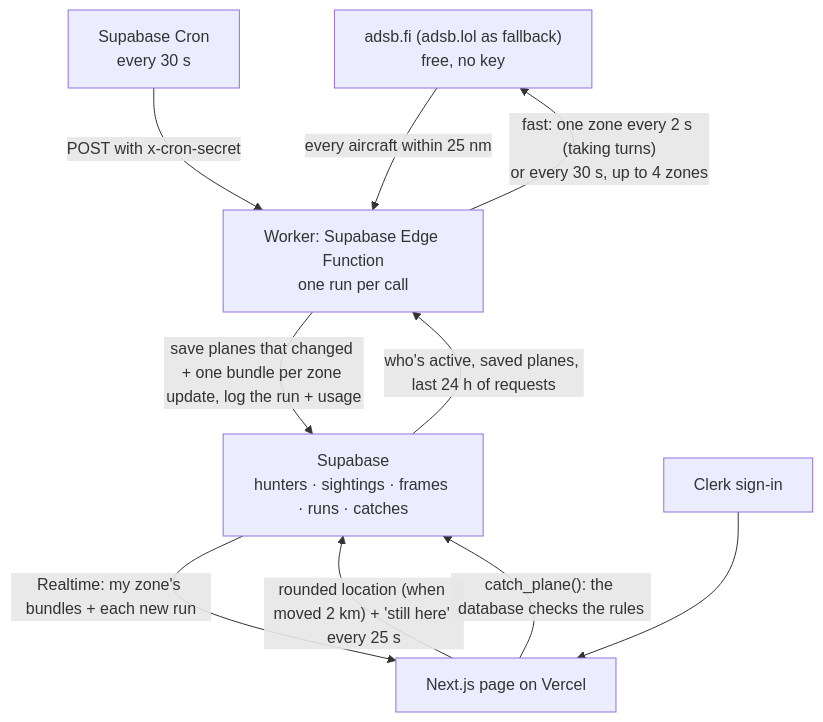
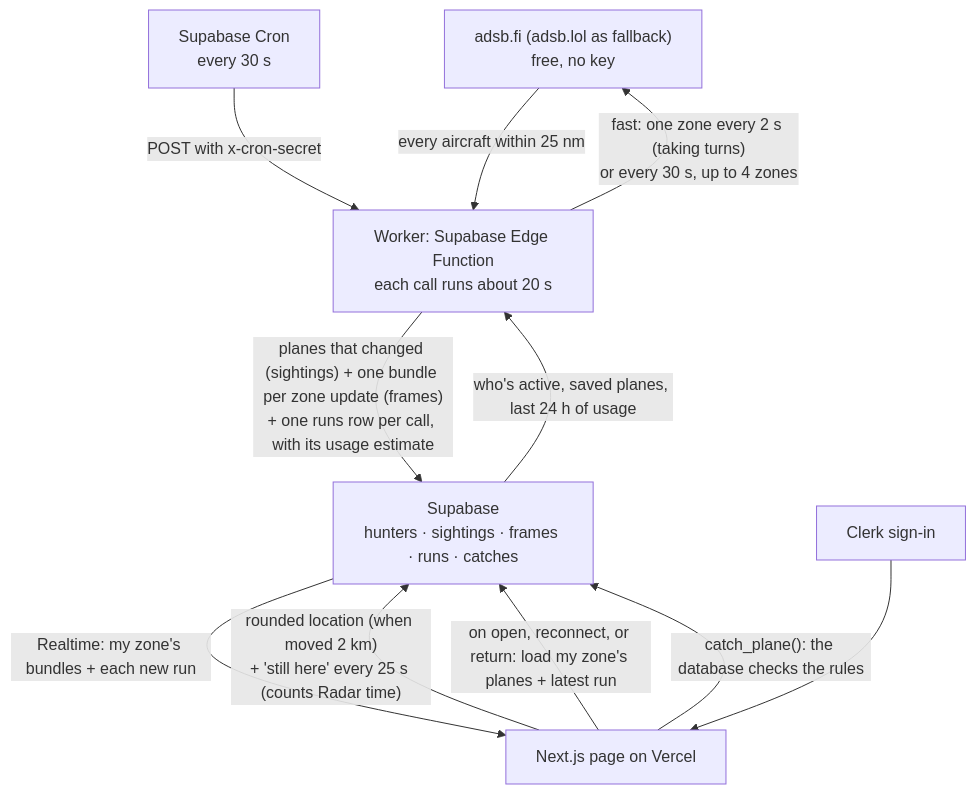
One commit to neilpandya01/hw5-dbs changed the diagram in docs/data-flow.md. Above: the diagram before and after it, drawn with Mermaid. The commit also changed other lines of this file and 6 other files, not shown here.

First line of the commit message:
Docs: match the architecture and data flow as built

````diff
--- a/docs/data-flow.md
+++ b/docs/data-flow.md
@@ -9,19 +13,20 @@
 ```mermaid
 flowchart TD
   SRC["adsb.fi (adsb.lol as fallback)<br/>free, no key"]
   CRON["Supabase Cron<br/>every 30 s"]
-  W["Worker: Supabase Edge Function<br/>one run per call"]
+  W["Worker: Supabase Edge Function<br/>each call runs about 20 s"]
   DB["Supabase<br/>hunters · sightings · frames · runs · catches"]
   PAGE["Next.js page on Vercel"]
   CLERK["Clerk sign-in"]
 
-  PAGE -- "rounded location (when moved 2 km) + 'still here' every 25 s" --> DB
+  PAGE -- "rounded location (when moved 2 km)<br/>+ 'still here' every 25 s (counts Radar time)" --> DB
   CRON -- "POST with x-cron-secret" --> W
-  DB -- "who's active, saved planes, last 24 h of requests" --> W
+  DB -- "who's active, saved planes, last 24 h of usage" --> W
   W -- "fast: one zone every 2 s (taking turns)<br/>or every 30 s, up to 4 zones" --> SRC
   SRC -- "every aircraft within 25 nm" --> W
-  W -- "save planes that changed + one bundle per zone update, log the run + usage" --> DB
+  W -- "planes that changed (sightings) + one bundle per zone update (frames)<br/>+ one runs row per call, with its usage estimate" --> DB
   DB -- "Realtime: my zone's bundles + each new run" --> PAGE
+  PAGE -- "on open, reconnect, or return: load my zone's planes + latest run" --> DB
   CLERK --> PAGE
   PAGE -- "catch_plane(): the database checks the rules" --> DB
 ```
````
